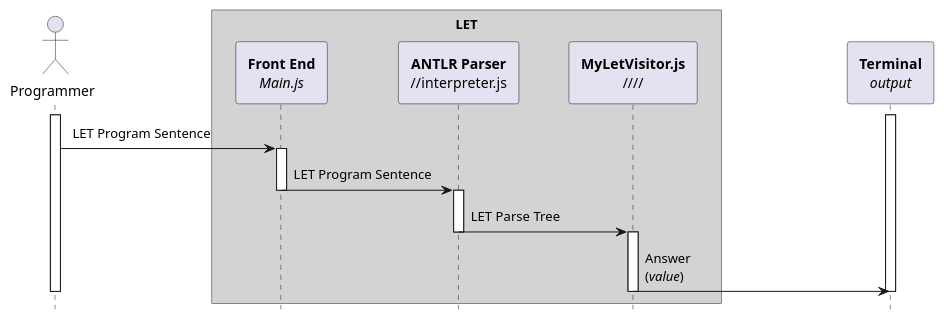
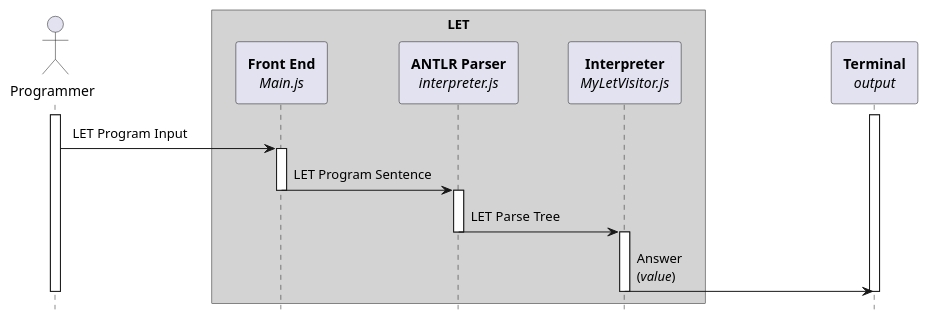
One commit to andrw1232/LET.js changed the diagram in README.md. Above: the diagram before and after it, drawn with PlantUML.

Commit message:
plantuml change

````diff
--- a/README.md
+++ b/README.md
@@ -13,41 +13,41 @@
 ```plantuml
 hide footbox
 
 
 skinparam BoxPadding 100
 skinparam ParticipantPadding 20
 skinparam Padding 5
 
 
 actor Programmer
 box "LET" #LightGray
 	participant FE as "**Front End**\n//Main.js//"
-    participant ANTLR as "**ANTLR Parser**\n//interpreter.js"
-	participant Interpreter as "**MyLetVisitor.js**\n////"
+    participant ANTLR as "**ANTLR Parser**\n//interpreter.js//"
+	participant Interpreter as "**Interpreter**\n//MyLetVisitor.js//"
 end box
 
 participant Terminal as "**Terminal**\n//output//"
 
 activate Programmer
 activate Terminal
 
-Programmer     -> FE                    : LET Program Sentence
+Programmer     -> FE                    : LET Program Input
 
 activate FE
 FE             -> ANTLR                 : LET Program Sentence
 deactivate FE
 
 activate ANTLR
 ANTLR             -> Interpreter            : LET Parse Tree
 deactivate ANTLR
 
 
 
 
 activate Interpreter
 Interpreter    -> Terminal              : Answer\n(//value//)
 deactivate Interpreter
 
 deactivate Programmer
 deactivate Terminal
 ```
````
